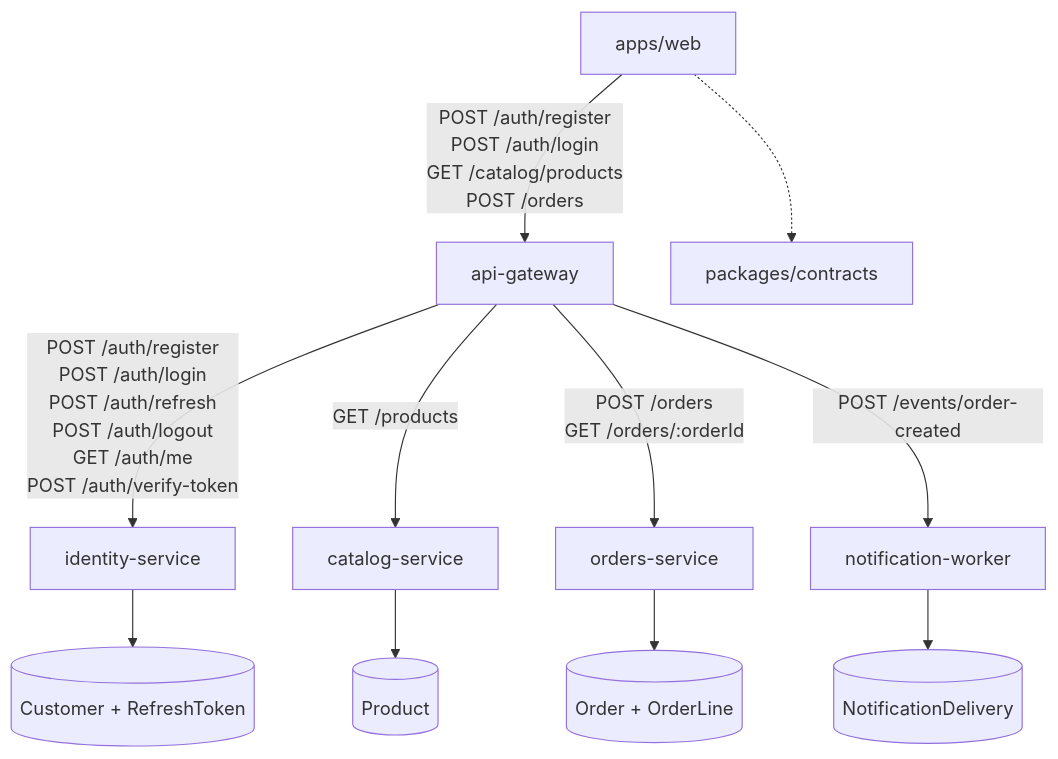
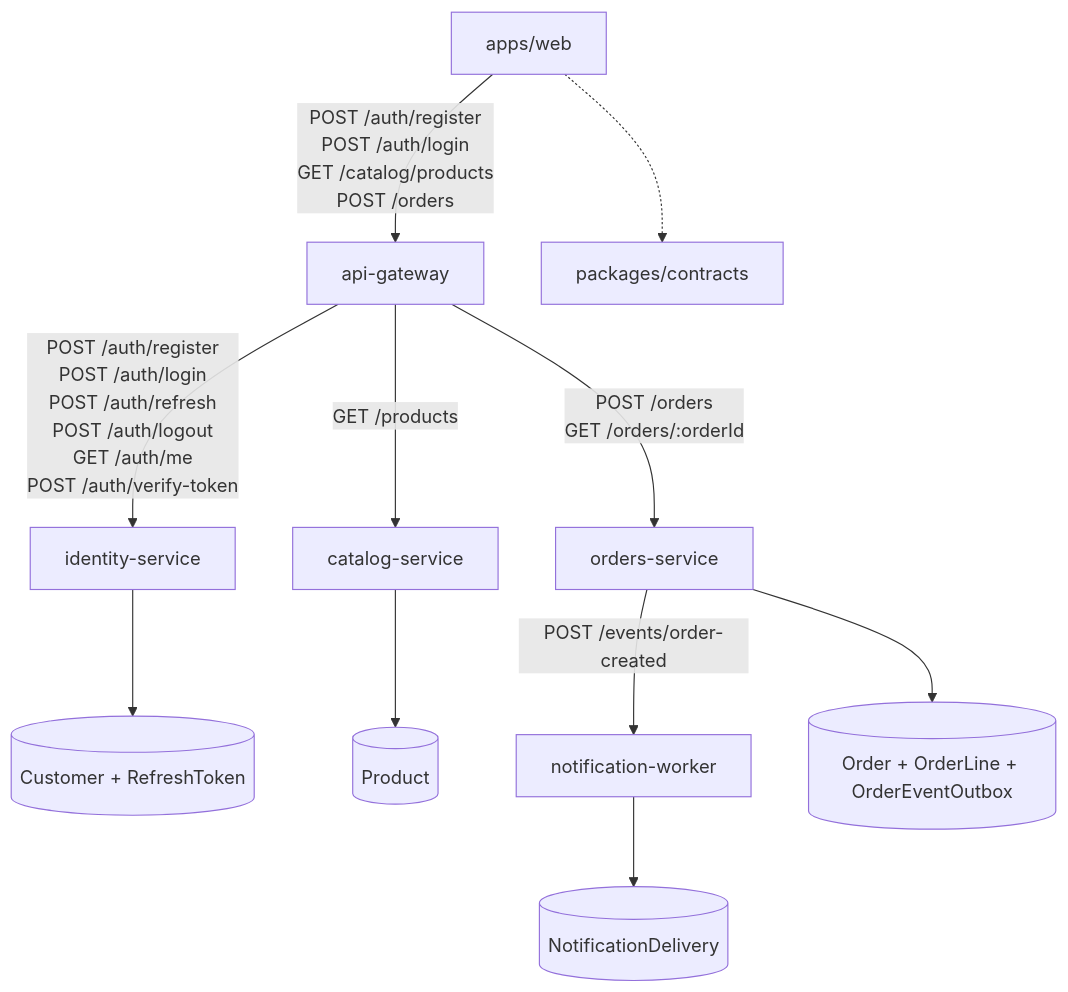
Before and after one commit to HectorARiascosI/mileshop-platform: the third of 10 diagrams in docs/wiki/architecture-overview.md, drawn with Mermaid. The commit also changed other lines of this file and 42 other files, not shown here.

Commit message:
feat(orders): make order creation idempotent and recover event delivery

````diff
--- a/docs/wiki/architecture-overview.md
+++ b/docs/wiki/architecture-overview.md
@@ -60,25 +60,25 @@
 ```mermaid
 flowchart TB
     Web[apps/web]
     Gateway[api-gateway]
     Identity[identity-service]
     Catalog[catalog-service]
     Orders[orders-service]
     Worker[notification-worker]
     Contracts[packages/contracts]
     IdentityDb[(Customer + RefreshToken)]
     CatalogDb[(Product)]
-    OrdersDb[(Order + OrderLine)]
+    OrdersDb[(Order + OrderLine + OrderEventOutbox)]
     NotificationDb[(NotificationDelivery)]
 
     Web -->|POST /auth/register\nPOST /auth/login\nGET /catalog/products\nPOST /orders| Gateway
     Gateway -->|POST /auth/register\nPOST /auth/login\nPOST /auth/refresh\nPOST /auth/logout\nGET /auth/me\nPOST /auth/verify-token| Identity
     Gateway -->|GET /products| Catalog
     Gateway -->|POST /orders\nGET /orders/:orderId| Orders
-    Gateway -->|POST /events/order-created| Worker
+    Orders -->|POST /events/order-created| Worker
     Web -.-> Contracts
     Identity --> IdentityDb
     Catalog --> CatalogDb
     Orders --> OrdersDb
     Worker --> NotificationDb
 ```
````
